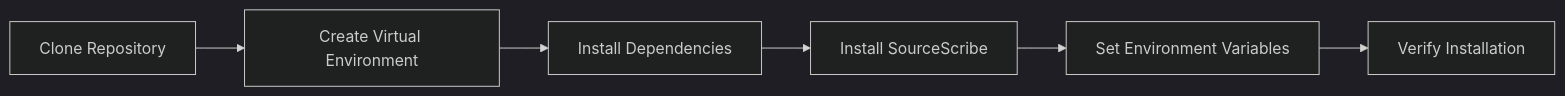
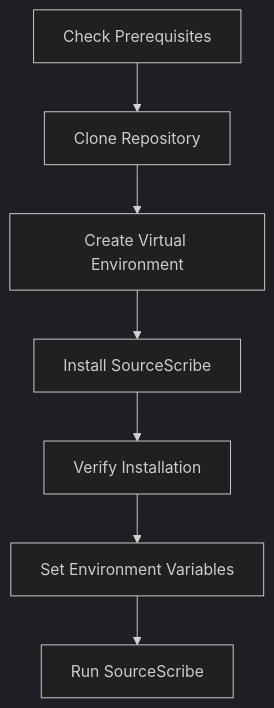
One commit to Source-Scribe/sourcescribe-core changed the diagram in website/docs/api-reference/getting-started/installation.md. Above: the diagram before and after it, drawn with Mermaid (dark theme). The commit also changed other lines of this file and 5 other files, not shown here.

````diff
--- a/website/docs/api-reference/getting-started/installation.md
+++ b/website/docs/api-reference/getting-started/installation.md
@@ -83,8 +104,9 @@
 ```mermaid
-flowchart LR
-    A[Clone Repository] --> B[Create Virtual Environment]
-    B --> C[Install Dependencies]
+flowchart TD
+    A[Check Prerequisites] --> B[Clone Repository]
+    B --> C[Create Virtual Environment]
     C --> D[Install SourceScribe]
-    D --> E[Set Environment Variables]
-    E --> F[Verify Installation]
+    D --> E[Verify Installation]
+    E --> F[Set Environment Variables]
+    F --> G[Run SourceScribe]
 ```
````
